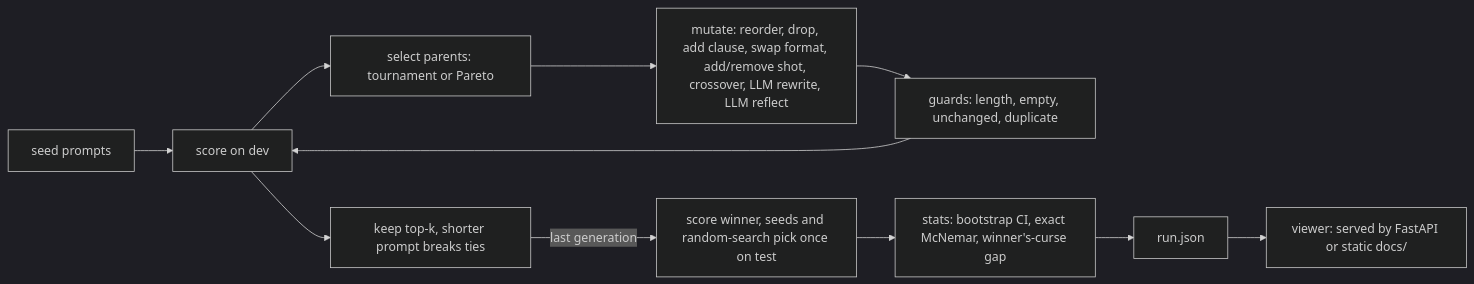
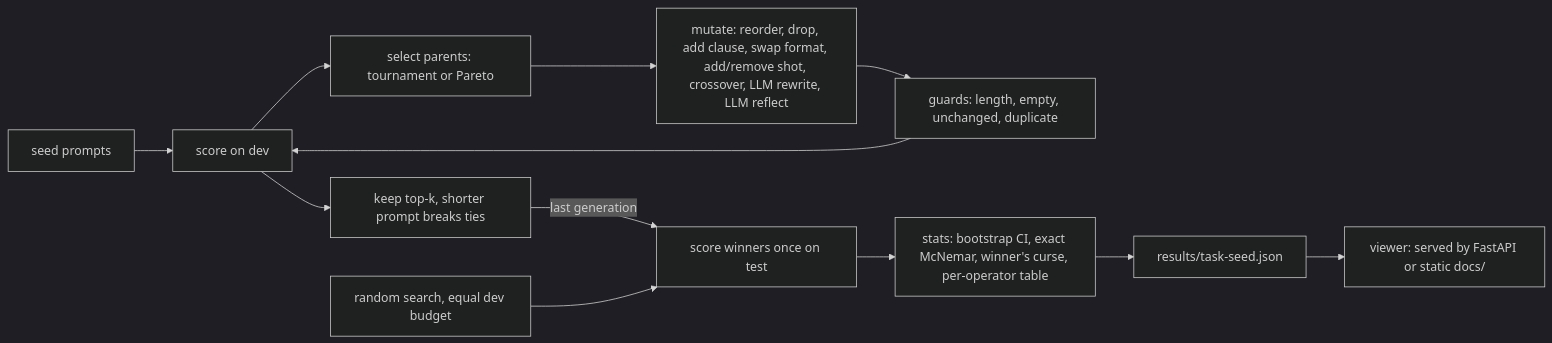
One commit to Aditya2616/PromptLab changed the diagram in README.md. Above: the diagram before and after it, drawn with Mermaid (dark theme). The commit also changed other lines of this file and 23 other files, not shown here.

Commit message:
Record the real-scale runs: 3 tasks x 3 seeds on GPU, equal-budget random search, per-operator held-out table; keep the CPU pilot under results/pilot

````diff
--- a/README.md
+++ b/README.md
@@ -50,13 +206,14 @@
 ```mermaid
 flowchart LR
   S[seed prompts] --> E[score on dev]
   E --> P[select parents: tournament or Pareto]
   P --> M[mutate: reorder, drop, add clause, swap format, add/remove shot, crossover, LLM rewrite, LLM reflect]
   M --> G[guards: length, empty, unchanged, duplicate]
   G --> E
   E --> K[keep top-k, shorter prompt breaks ties]
-  K -->|last generation| T[score winner, seeds and random-search pick once on test]
-  T --> R[stats: bootstrap CI, exact McNemar, winner's-curse gap]
-  R --> J[run.json]
+  K -->|last generation| T[score winners once on test]
+  R[random search, equal dev budget] --> T
+  T --> X[stats: bootstrap CI, exact McNemar, winner's curse, per-operator table]
+  X --> J[results/task-seed.json]
   J --> V[viewer: served by FastAPI or static docs/]
 ```
````
